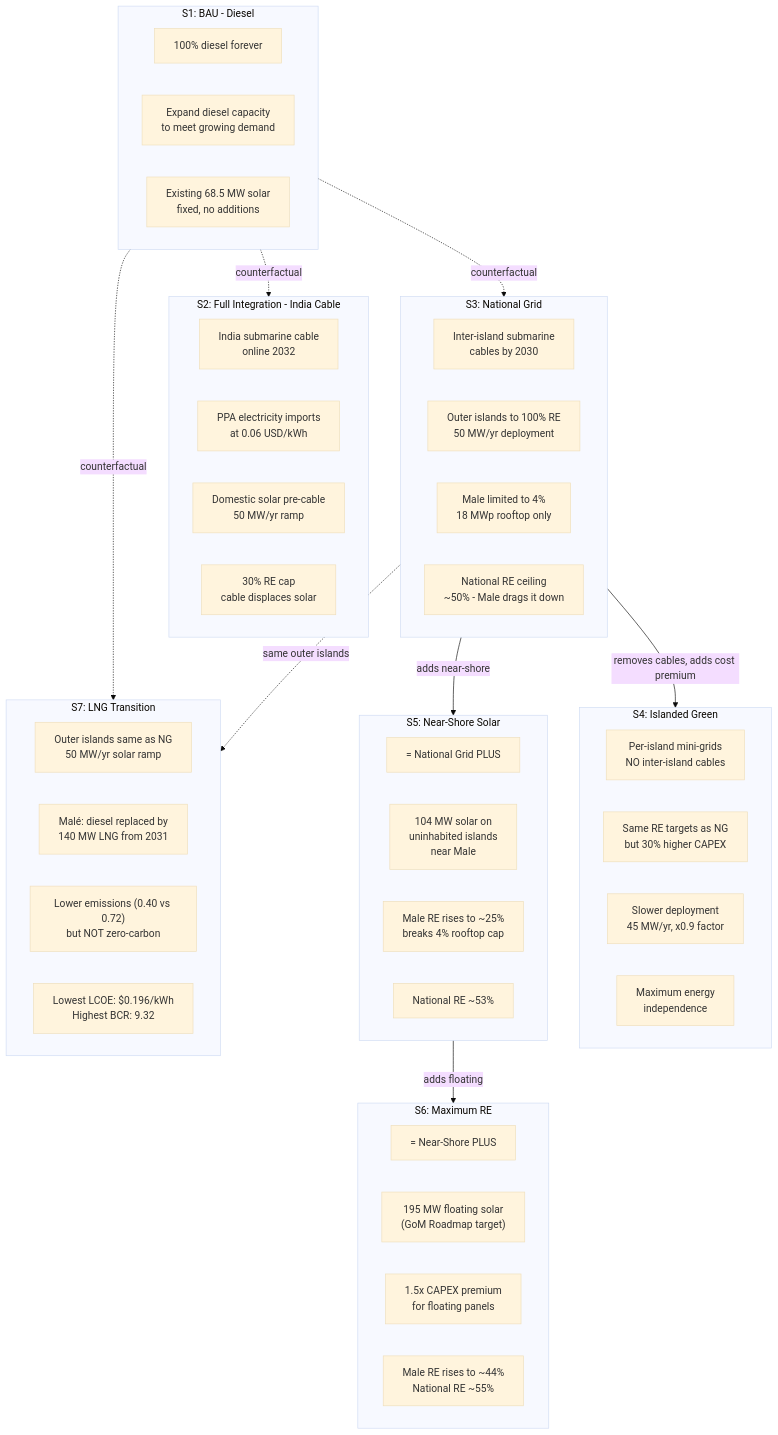
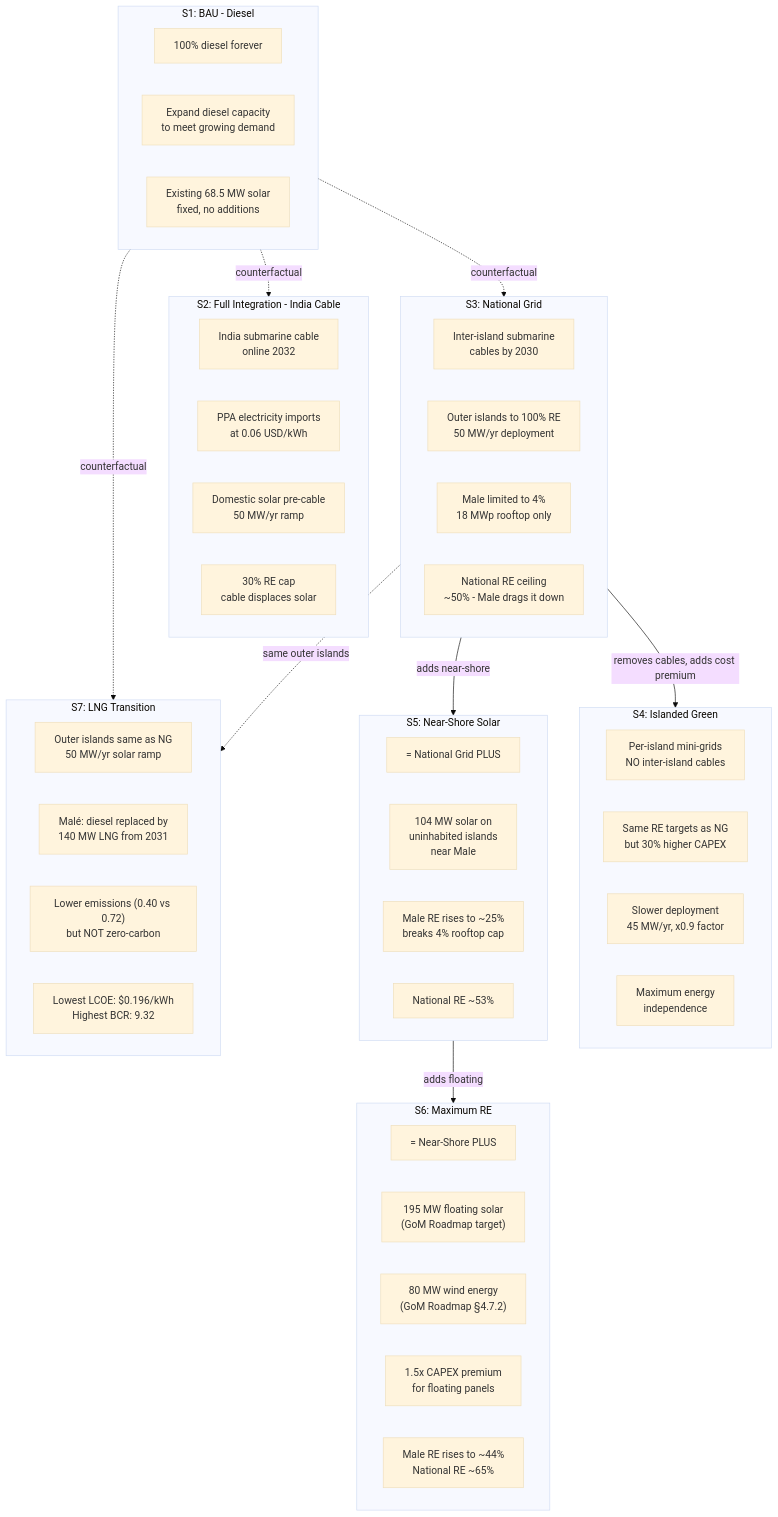
One commit to lsempe77/CBA_Maldives changed the sixth of 16 diagrams in Maldives/SCENARIO_GUIDE.md. Above: the diagram before and after it, drawn with Mermaid (base theme). The commit also changed other lines of this file and 89 other files, not shown here.

````diff
--- a/Maldives/SCENARIO_GUIDE.md
+++ b/Maldives/SCENARIO_GUIDE.md
@@ -194,59 +194,60 @@
 ```mermaid
 flowchart TD
     subgraph BAU["S1: BAU - Diesel"]
         B1["100% diesel forever"]
         B2["Expand diesel capacity\nto meet growing demand"]
         B3["Existing 68.5 MW solar\nfixed, no additions"]
     end
 
     subgraph FI["S2: Full Integration - India Cable"]
         F1["India submarine cable\nonline 2032"]
         F2["PPA electricity imports\nat 0.06 USD/kWh"]
         F3["Domestic solar pre-cable\n50 MW/yr ramp"]
         F4["30% RE cap\ncable displaces solar"]
     end
 
     subgraph NG["S3: National Grid"]
         G1["Inter-island submarine\ncables by 2030"]
         G2["Outer islands to 100% RE\n50 MW/yr deployment"]
         G3["Male limited to 4%\n18 MWp rooftop only"]
         G4["National RE ceiling\n~50% - Male drags it down"]
     end
 
     subgraph IG["S4: Islanded Green"]
         I1["Per-island mini-grids\nNO inter-island cables"]
         I2["Same RE targets as NG\nbut 30% higher CAPEX"]
         I3["Slower deployment\n45 MW/yr, x0.9 factor"]
         I4["Maximum energy\nindependence"]
     end
 
     subgraph NS["S5: Near-Shore Solar"]
         N1["= National Grid PLUS"]
         N2["104 MW solar on\nuninhabited islands\nnear Male"]
         N3["Male RE rises to ~25%\nbreaks 4% rooftop cap"]
         N4["National RE ~53%"]
     end
 
     subgraph MX["S6: Maximum RE"]
         M1["= Near-Shore PLUS"]
         M2["195 MW floating solar\n(GoM Roadmap target)"]
+        M2b["80 MW wind energy\n(GoM Roadmap §4.7.2)"]
         M3["1.5x CAPEX premium\nfor floating panels"]
-        M4["Male RE rises to ~44%\nNational RE ~55%"]
+        M4["Male RE rises to ~44%\nNational RE ~65%"]
     end
 
     BAU -.->|counterfactual| FI
     BAU -.->|counterfactual| NG
     NG -->|adds near-shore| NS
     NS -->|adds floating| MX
     NG -->|"removes cables, adds cost premium"| IG
 
     subgraph LNG["S7: LNG Transition"]
         LNG1["Outer islands same as NG\n50 MW/yr solar ramp"]
         LNG2["Malé: diesel replaced by\n140 MW LNG from 2031"]
         LNG3["Lower emissions (0.40 vs 0.72)\nbut NOT zero-carbon"]
         LNG4["Lowest LCOE: $0.196/kWh\nHighest BCR: 9.32"]
     end
 
     BAU -.->|counterfactual| LNG
     NG -.->|"same outer islands"| LNG
 ```
````
